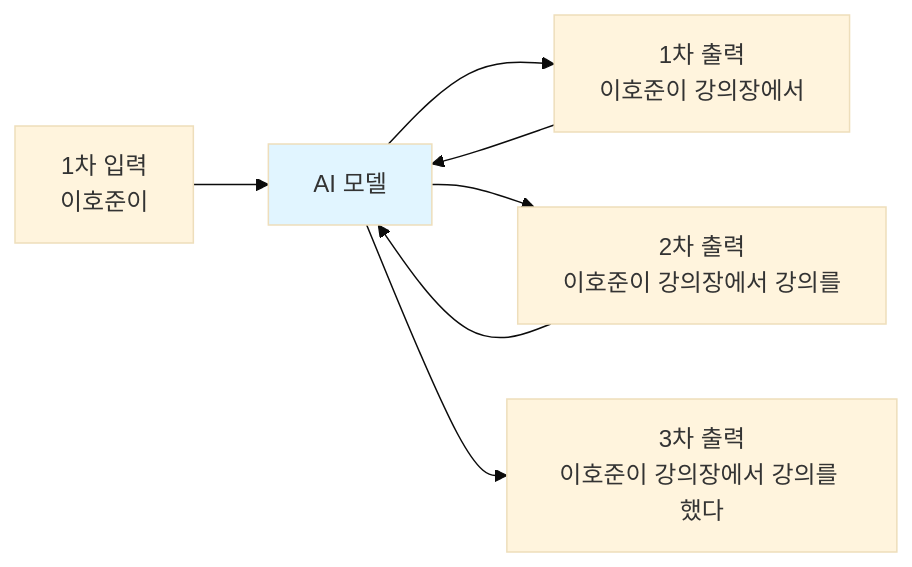
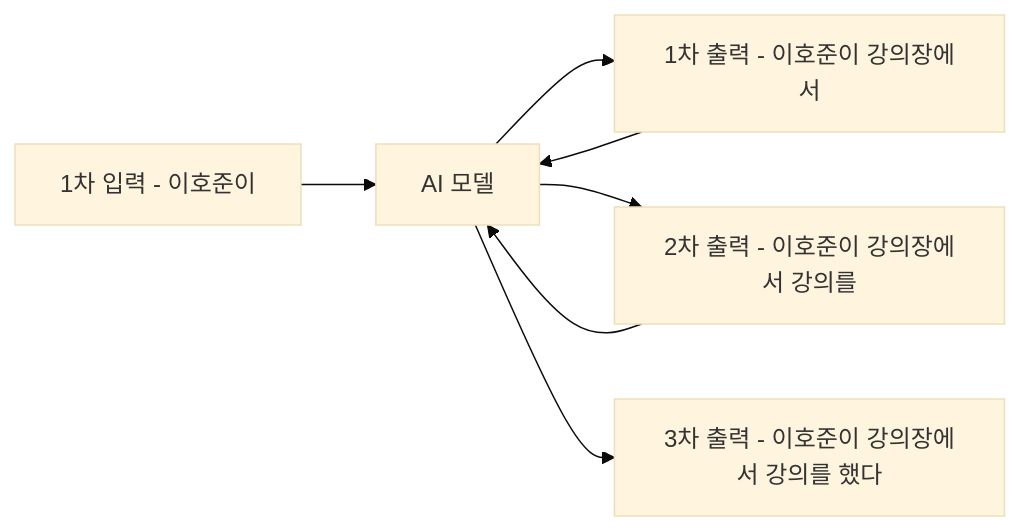
One commit to nugurejeil/weniVooks changed the fourth of 4 diagrams in _md/essentials-vibecoding/chapter04/04-2.md. Above: the diagram before and after it, drawn with Mermaid (base theme). The commit also changed other lines of this file and 133 other files, not shown here.

````diff
--- a/_md/essentials-vibecoding/chapter04/04-2.md
+++ b/_md/essentials-vibecoding/chapter04/04-2.md
@@ -190,11 +190,9 @@
 ```mermaid
 graph LR
-    A["1차 입력<br/>이호준이"] --> B["AI 모델"]
-    B --> C["1차 출력<br/>이호준이 강의장에서"]
+    A["1차 입력 - 이호준이"] --> B["AI 모델"]
+    B --> C["1차 출력 - 이호준이 강의장에서"]
     C --> B
-    B --> D["2차 출력<br/>이호준이 강의장에서 강의를"]
+    B --> D["2차 출력 - 이호준이 강의장에서 강의를"]
     D --> B
-    B --> E["3차 출력<br/>이호준이 강의장에서 강의를 했다"]
-
-    style B fill:#e1f5ff
+    B --> E["3차 출력 - 이호준이 강의장에서 강의를 했다"]
 ```
````
